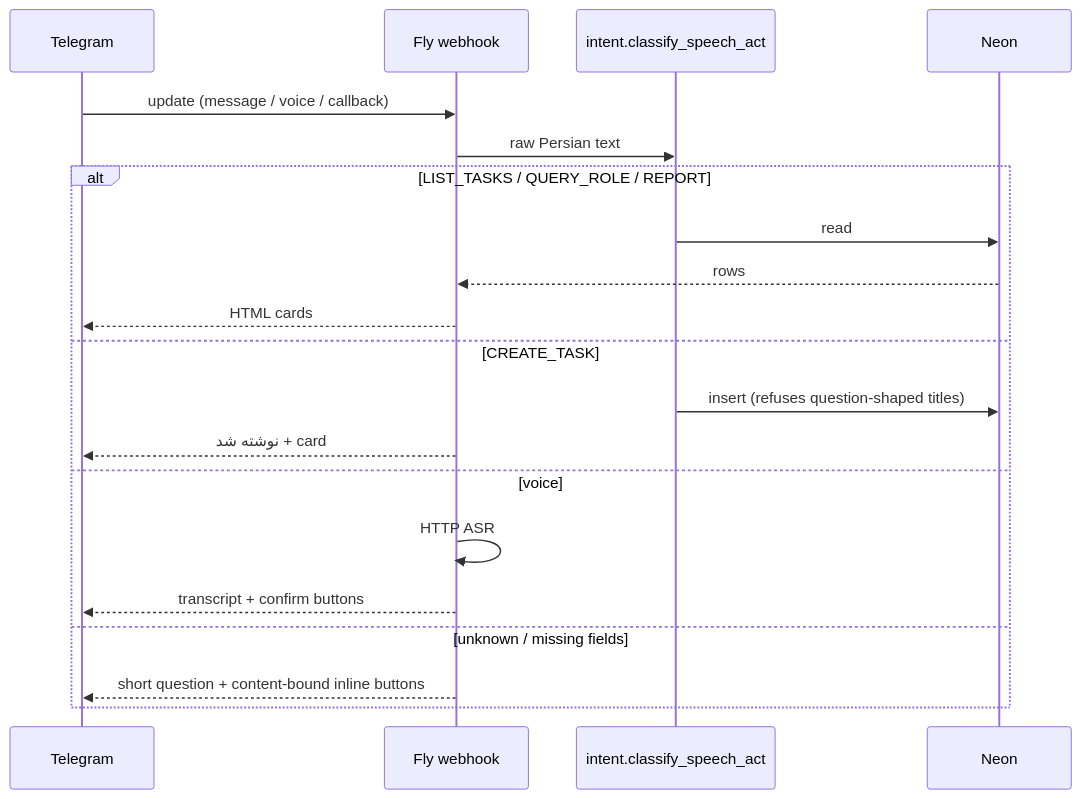
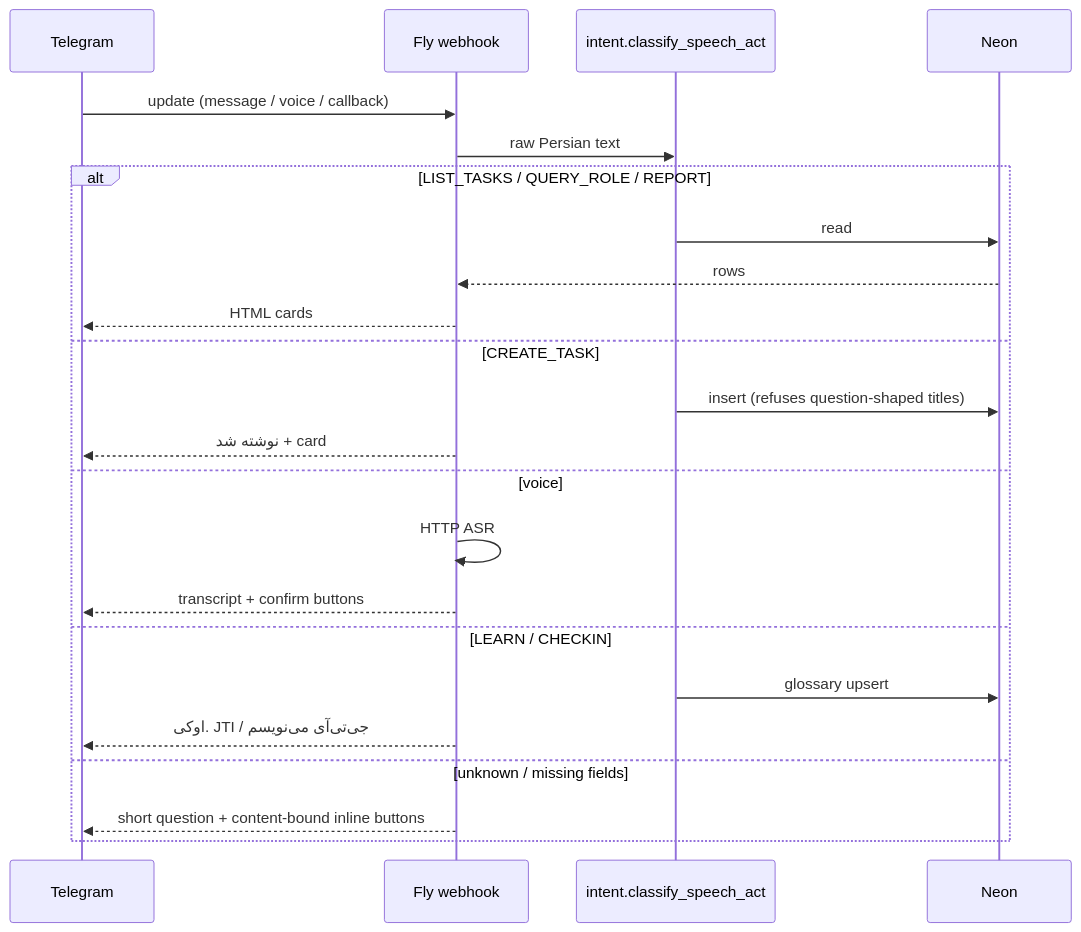
Before and after one commit to kvmmn/charbot: the second of 2 diagrams in docs/ARCHITECTURE.md, drawn with Mermaid. The commit also changed other lines of this file and 8 other files, not shown here.

First line of the commit message:
Reply to teaching and اوکی؟; persist org glossary (JTI).

````diff
--- a/docs/ARCHITECTURE.md
+++ b/docs/ARCHITECTURE.md
@@ -39,22 +41,25 @@
 ```mermaid
 sequenceDiagram
   participant TG as Telegram
   participant Fly as Fly webhook
   participant Gate as intent.classify_speech_act
   participant Store as Neon
   TG->>Fly: update (message / voice / callback)
   Fly->>Gate: raw Persian text
   alt LIST_TASKS / QUERY_ROLE / REPORT
     Gate->>Store: read
     Store-->>Fly: rows
     Fly-->>TG: HTML cards
   else CREATE_TASK
     Gate->>Store: insert (refuses question-shaped titles)
     Fly-->>TG: نوشته شد + card
   else voice
     Fly->>Fly: HTTP ASR
     Fly-->>TG: transcript + confirm buttons
+  else LEARN / CHECKIN
+    Gate->>Store: glossary upsert
+    Fly-->>TG: اوکی. JTI / جی‌تی‌آی می‌نویسم
   else unknown / missing fields
     Fly-->>TG: short question + content-bound inline buttons
   end
 ```
````
